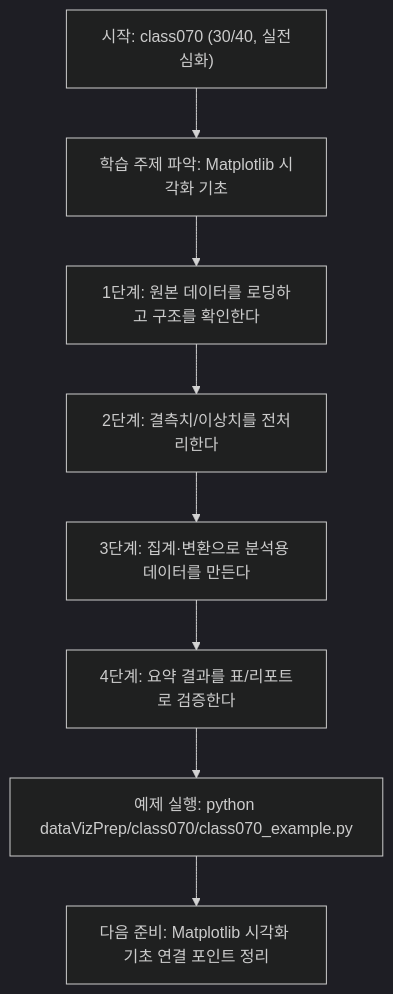
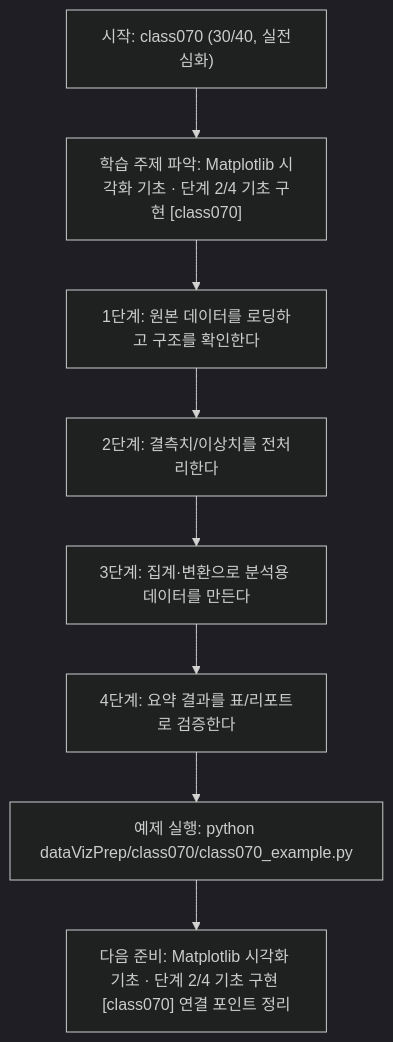
Before and after one commit to edumgt/Python-AI_Agent-Class: the diagram in dataVizPrep/class070/class070.md, drawn with Mermaid (dark theme). The commit also changed other lines of this file and 522 other files, not shown here.

````diff
--- a/dataVizPrep/class070/class070.md
+++ b/dataVizPrep/class070/class070.md
@@ -110,18 +111,18 @@
 ```mermaid
 flowchart TD
 N1["시작: class070 (30/40, 실전심화)"]
-N2["학습 주제 파악: Matplotlib 시각화 기초"]
+N2["학습 주제 파악: Matplotlib 시각화 기초 · 단계 2/4 기초 구현 [class070]"]
 N3["1단계: 원본 데이터를 로딩하고 구조를 확인한다"]
 N4["2단계: 결측치/이상치를 전처리한다"]
 N5["3단계: 집계·변환으로 분석용 데이터를 만든다"]
 N6["4단계: 요약 결과를 표/리포트로 검증한다"]
 N7["예제 실행: python dataVizPrep/class070/class070_example.py"]
-N8["다음 준비: Matplotlib 시각화 기초 연결 포인트 정리"]
+N8["다음 준비: Matplotlib 시각화 기초 · 단계 2/4 기초 구현 [class070] 연결 포인트 정리"]
 N1 --> N2
 N2 --> N3
 N3 --> N4
 N4 --> N5
 N5 --> N6
 N6 --> N7
 N7 --> N8
 ```
````
